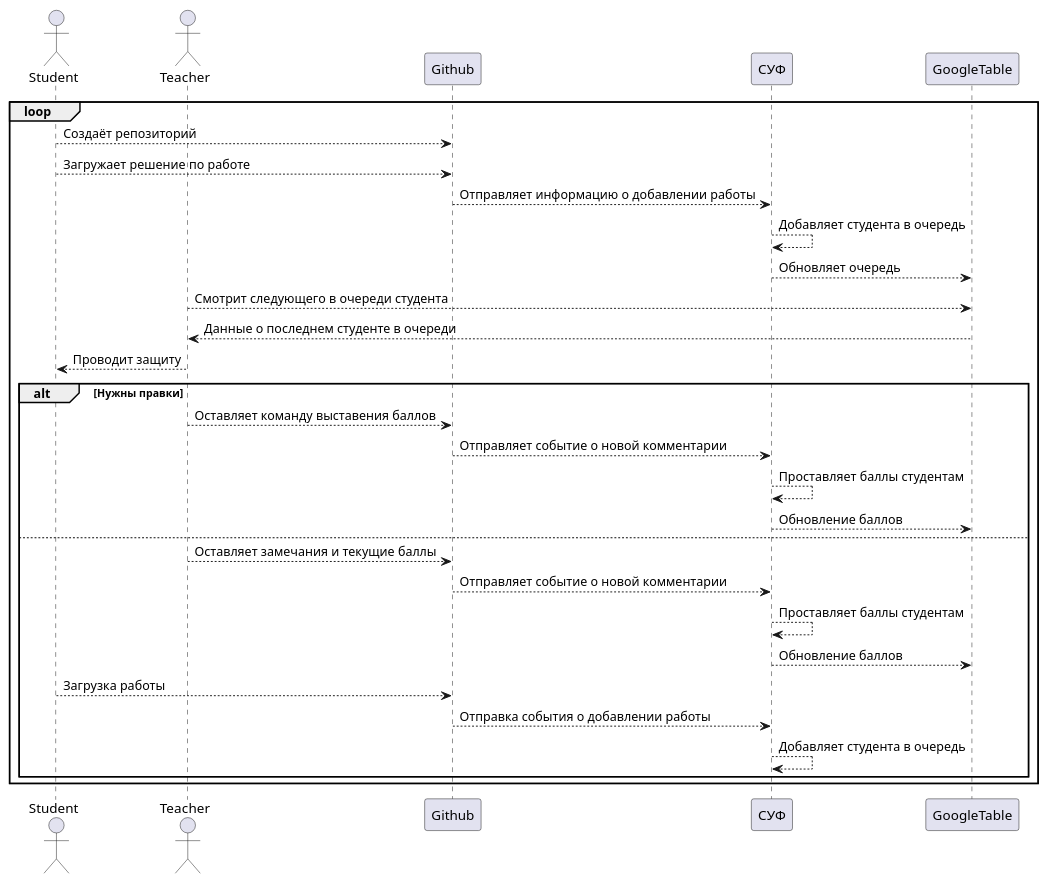
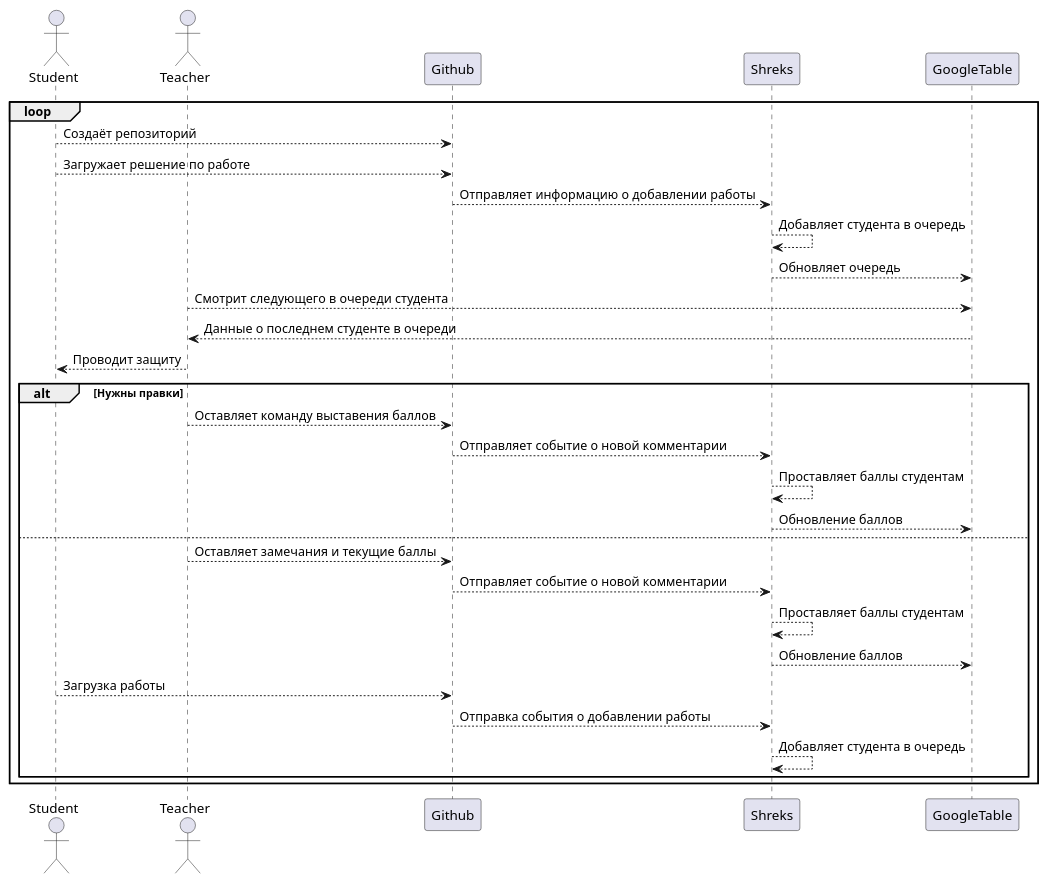
One commit to kysect/Shreks changed the diagram in Docs/User-guides/Scenarios/Diagram-sources/Upload-assignment-solution.puml. Above: the diagram before and after it, drawn with PlantUML. The commit also changed 6 other files, not shown here.

```diff
--- a/Docs/User-guides/Scenarios/Diagram-sources/Upload-assignment-solution.puml
+++ b/Docs/User-guides/Scenarios/Diagram-sources/Upload-assignment-solution.puml
@@ -1,36 +1,36 @@
 @startuml Subject lesson
 
 actor Student
 actor Teacher
 
 loop 
     Student --> Github : Создаёт репозиторий
     Student --> Github : Загружает решение по работе
-    Github --> СУФ : Отправляет информацию о добавлении работы
-    СУФ --> СУФ : Добавляет студента в очередь
-    СУФ --> GoogleTable : Обновляет очередь
+    Github --> Shreks : Отправляет информацию о добавлении работы
+    Shreks --> Shreks : Добавляет студента в очередь
+    Shreks --> GoogleTable : Обновляет очередь
 
     Teacher --> GoogleTable : Смотрит следующего в очереди студента
     GoogleTable --> Teacher : Данные о последнем студенте в очереди
 
     Teacher --> Student : Проводит защиту
 
     alt Нужны правки
         Teacher --> Github : Оставляет команду выставения баллов
-        Github --> СУФ : Отправляет событие о новой комментарии
-        СУФ --> СУФ : Проставляет баллы студентам
-        СУФ --> GoogleTable : Обновление баллов
+        Github --> Shreks : Отправляет событие о новой комментарии
+        Shreks --> Shreks : Проставляет баллы студентам
+        Shreks --> GoogleTable : Обновление баллов
     else
         Teacher --> Github : Оставляет замечания и текущие баллы
-        Github --> СУФ : Отправляет событие о новой комментарии
-        СУФ --> СУФ : Проставляет баллы студентам
-        СУФ --> GoogleTable : Обновление баллов
+        Github --> Shreks : Отправляет событие о новой комментарии
+        Shreks --> Shreks : Проставляет баллы студентам
+        Shreks --> GoogleTable : Обновление баллов
         Student --> Github : Загрузка работы
-        Github --> СУФ : Отправка события о добавлении работы
-        СУФ --> СУФ : Добавляет студента в очередь
+        Github --> Shreks : Отправка события о добавлении работы
+        Shreks --> Shreks : Добавляет студента в очередь
 
         
     end
 end
 
 @enduml
```
